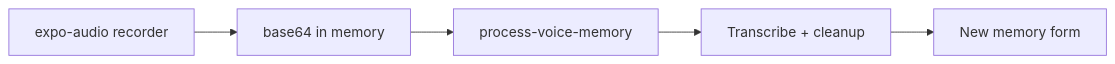
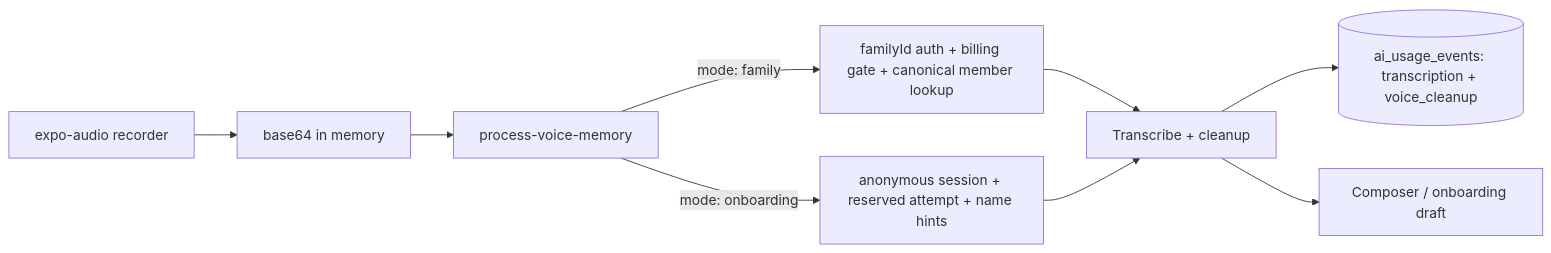
One commit to eduardoyi/newmomora changed the diagram in docs/features/voice-journaling.md. Above: the diagram before and after it, drawn with Mermaid. The commit also changed other lines of this file and 86 other files, not shown here.

````diff
--- a/docs/features/voice-journaling.md
+++ b/docs/features/voice-journaling.md
@@ -22,7 +26,11 @@
 ```mermaid
 flowchart LR
   Mic[expo-audio recorder] --> B64[base64 in memory]
   B64 --> Edge[process-voice-memory]
-  Edge --> OpenAI[Transcribe + cleanup]
-  OpenAI --> Form[New memory form]
+  Edge -->|mode: family| Fam[familyId auth + billing gate + canonical member lookup]
+  Edge -->|mode: onboarding| Onb[anonymous session + reserved attempt + name hints]
+  Fam --> OpenAI[Transcribe + cleanup]
+  Onb --> OpenAI
+  OpenAI --> Ledger[(ai_usage_events: transcription + voice_cleanup)]
+  OpenAI --> Form[Composer / onboarding draft]
 ```
````
